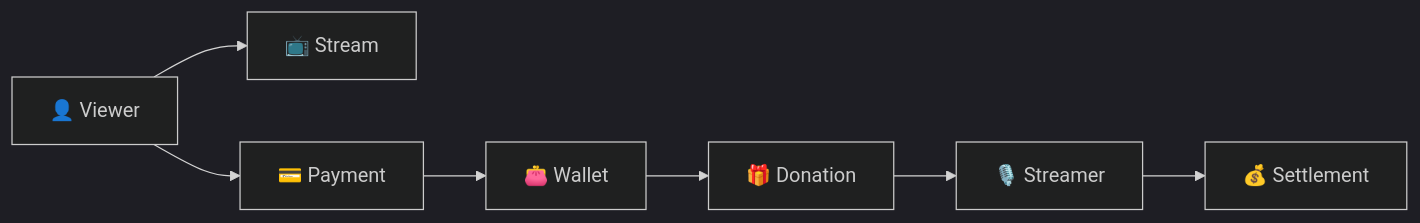
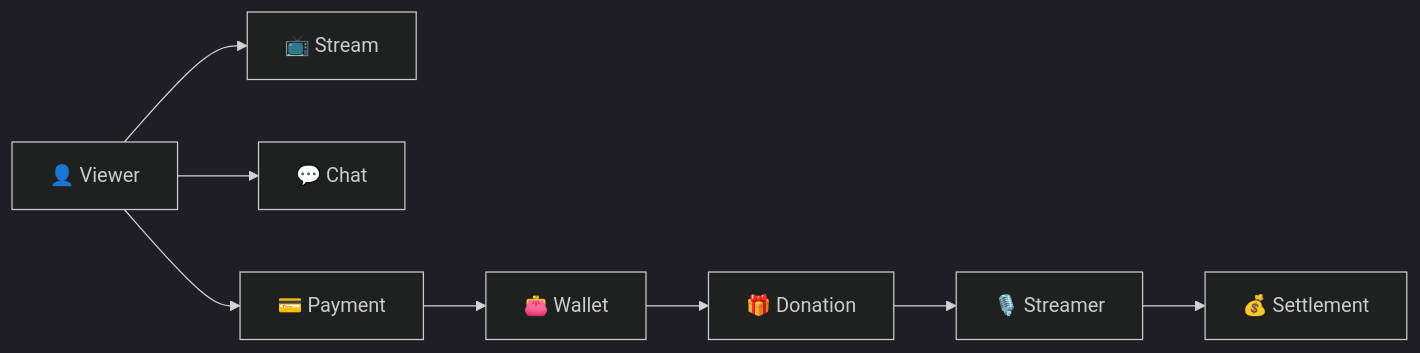
One commit to RAIO-Project/.github changed the diagram in profile/README.md. Above: the diagram before and after it, drawn with Mermaid (dark theme). The commit also changed other lines of this file, not shown here.

````diff
--- a/profile/README.md
+++ b/profile/README.md
@@ -219,18 +282,23 @@
 ```mermaid
 flowchart LR
 
     Viewer["👤 Viewer"]
     Stream["📺 Stream"]
+    Chat["💬 Chat"]
     Payment["💳 Payment"]
     Wallet["👛 Wallet"]
     Donation["🎁 Donation"]
     Streamer["🎙️ Streamer"]
     Settlement["💰 Settlement"]
 
     Viewer --> Stream
+    Viewer --> Chat
+
     Viewer --> Payment
     Payment --> Wallet
+
     Wallet --> Donation
     Donation --> Streamer
+
     Streamer --> Settlement
 ```
````
